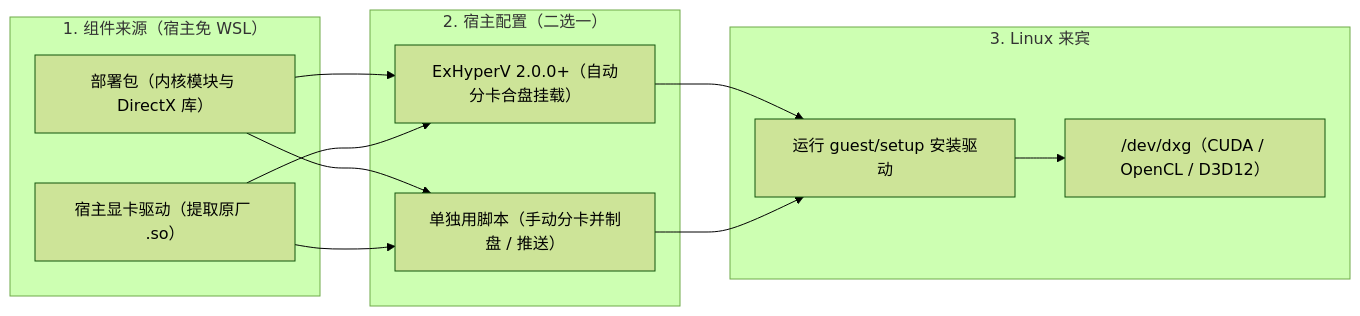
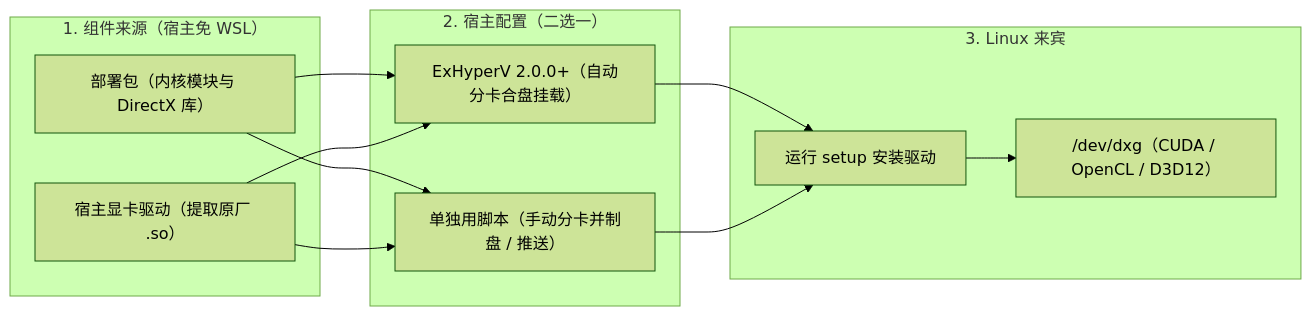
Before and after one commit to Justsenger/hyperv-linux-gpupv: the diagram in README.md, drawn with Mermaid (forest theme). The commit also changed other lines of this file and 6 other files, not shown here.

````diff
--- a/README.md
+++ b/README.md
@@ -20,25 +20,25 @@
 ```mermaid
 flowchart LR
     subgraph S["1. 组件来源（宿主免 WSL）"]
         B1["部署包（内核模块与 DirectX 库）"]
         B2["宿主显卡驱动（提取原厂 .so）"]
     end
 
     subgraph H["2. 宿主配置（二选一）"]
         P1["ExHyperV 2.0.0+（自动分卡合盘挂载）"]
         P2["单独用脚本（手动分卡并制盘 / 推送）"]
     end
 
     subgraph G["3. Linux 来宾"]
-        L1["运行 guest/setup 安装驱动"]
+        L1["运行 setup 安装驱动"]
         L2["/dev/dxg（CUDA / OpenCL / D3D12）"]
     end
 
     B1 --> P1
     B2 --> P1
     B1 --> P2
     B2 --> P2
     P1 --> L1
     P2 --> L1
     L1 --> L2
 ```
````
